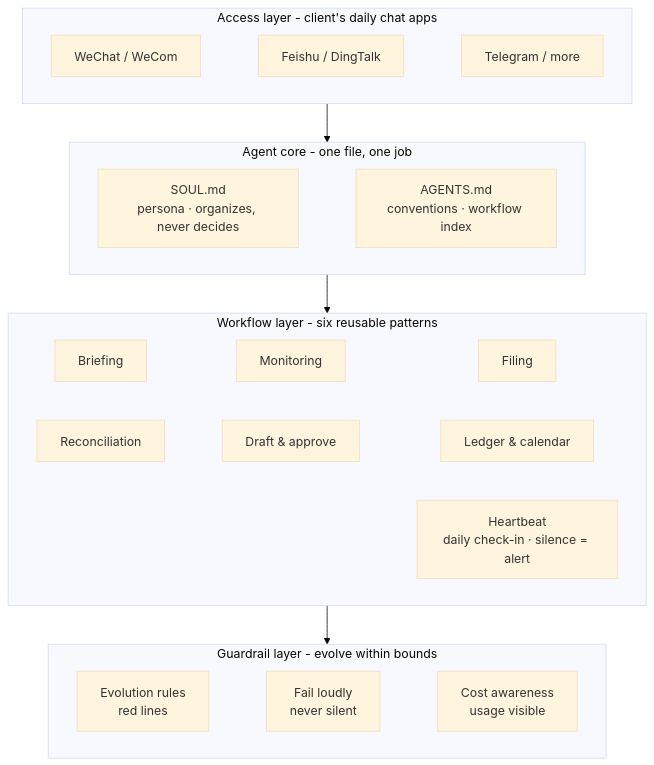
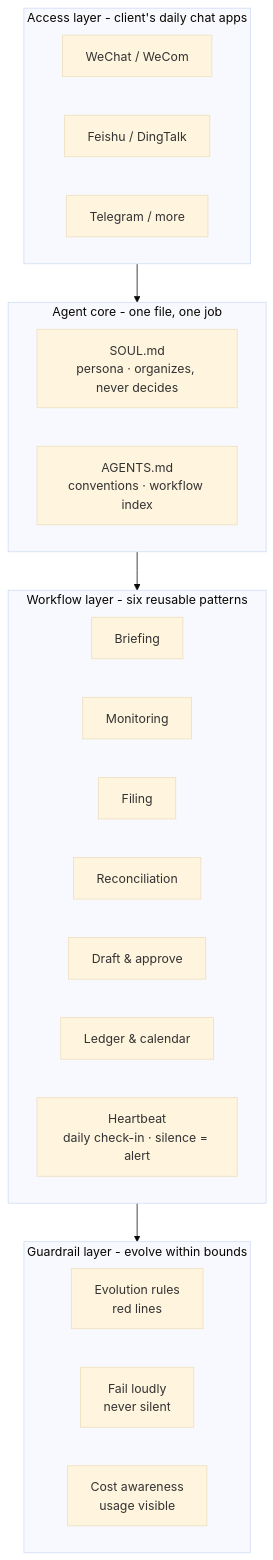
One commit to August06exe/ai-landing-consultant changed the fourth of 4 diagrams in README.en.md. Above: the diagram before and after it, drawn with Mermaid (base theme). The commit also changed other lines of this file and 18 other files, not shown here.

````diff
--- a/README.en.md
+++ b/README.en.md
@@ -146,18 +148,27 @@
 ```mermaid
 flowchart TB
     subgraph L1["Access layer - client's daily chat apps"]
-        W1["WeChat / WeCom"] ~~~ W2["Feishu / DingTalk"] ~~~ W3["Telegram / more"]
+        W1["WeChat / WeCom"]
+        W2["Feishu / DingTalk"]
+        W3["Telegram / more"]
     end
     subgraph L2["Agent core - one file, one job"]
-        SOUL["SOUL.md<br/>persona · organizes, never decides"] ~~~ AGENTS["AGENTS.md<br/>conventions · workflow index"]
+        SOUL["SOUL.md<br/>persona · organizes, never decides"]
+        AGENTS["AGENTS.md<br/>conventions · workflow index"]
     end
     subgraph L3["Workflow layer - six reusable patterns"]
-        M1["Briefing"] ~~~ M2["Monitoring"] ~~~ M3["Filing"]
-        M4["Reconciliation"] ~~~ M5["Draft & approve"] ~~~ M6["Ledger & calendar"]
+        M1["Briefing"]
+        M2["Monitoring"]
+        M3["Filing"]
+        M4["Reconciliation"]
+        M5["Draft & approve"]
+        M6["Ledger & calendar"]
         HB["Heartbeat<br/>daily check-in · silence = alert"]
     end
     subgraph L4["Guardrail layer - evolve within bounds"]
-        G1["Evolution rules<br/>red lines"] ~~~ G2["Fail loudly<br/>never silent"] ~~~ G3["Cost awareness<br/>usage visible"]
+        G1["Evolution rules<br/>red lines"]
+        G2["Fail loudly<br/>never silent"]
+        G3["Cost awareness<br/>usage visible"]
     end
     L1 --> L2 --> L3 --> L4
 ```
````
